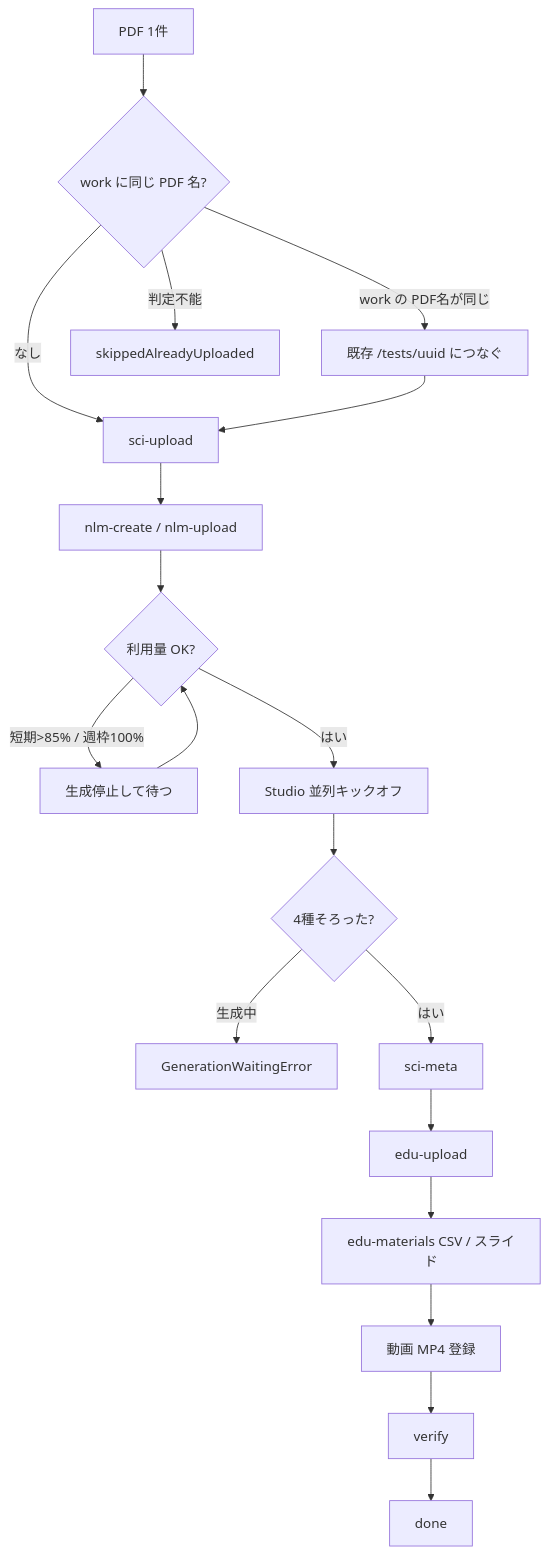
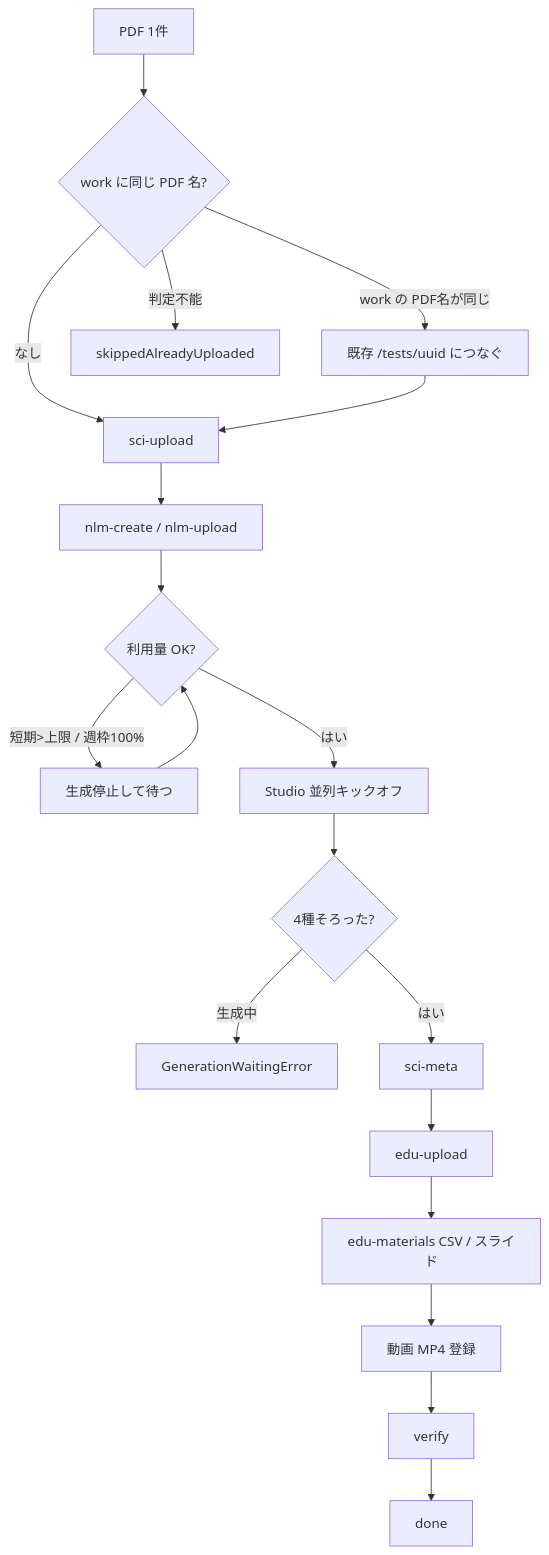
The second of 4 diagrams in tools/paper-pipeline/docs/flow.md (doren-hub/Edu-Share), drawn with Mermaid before and after one commit. The commit also changed other lines of this file and 7 other files, not shown here.

````diff
--- a/tools/paper-pipeline/docs/flow.md
+++ b/tools/paper-pipeline/docs/flow.md
@@ -42,21 +42,21 @@
 ```mermaid
 flowchart TD
   start[PDF 1件] --> exist{work に同じ PDF 名?}
   exist -->|work の PDF名が同じ| adopt[既存 /tests/uuid につなぐ]
   exist -->|判定不能| skip[skippedAlreadyUploaded]
   exist -->|なし| sciUp
   adopt --> sciUp
   sciUp[sci-upload] --> nlm[nlm-create / nlm-upload]
   nlm --> quota{利用量 OK?}
-  quota -->|短期>85% / 週枠100%| pause[生成停止して待つ]
+  quota -->|短期>上限 / 週枠100%| pause[生成停止して待つ]
   pause --> quota
   quota -->|はい| studio[Studio 並列キックオフ]
   studio --> wait{4種そろった?}
   wait -->|生成中| yield[GenerationWaitingError]
   wait -->|はい| sciMeta[sci-meta]
   sciMeta --> eduUp[edu-upload]
   eduUp --> mat[edu-materials CSV / スライド]
   mat --> vid[動画 MP4 登録]
   vid --> ver[verify]
   ver --> done[done]
 ```
````
